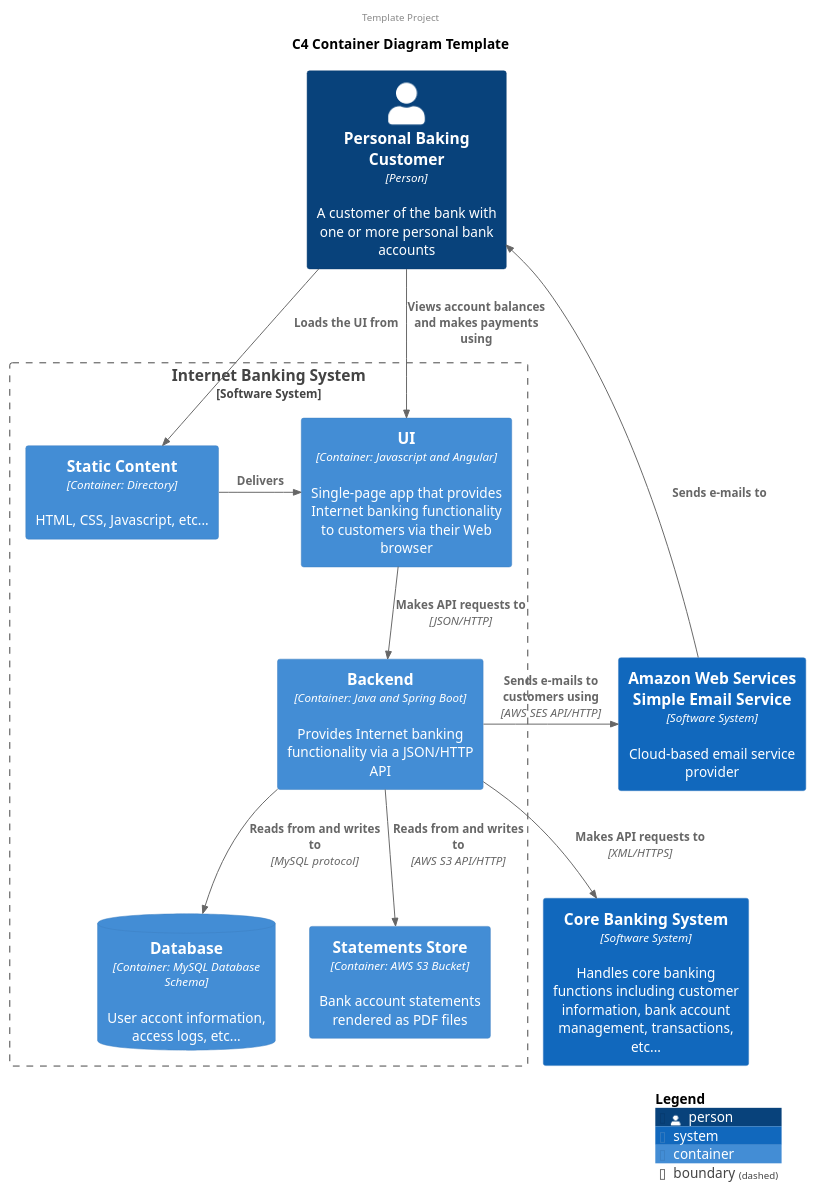
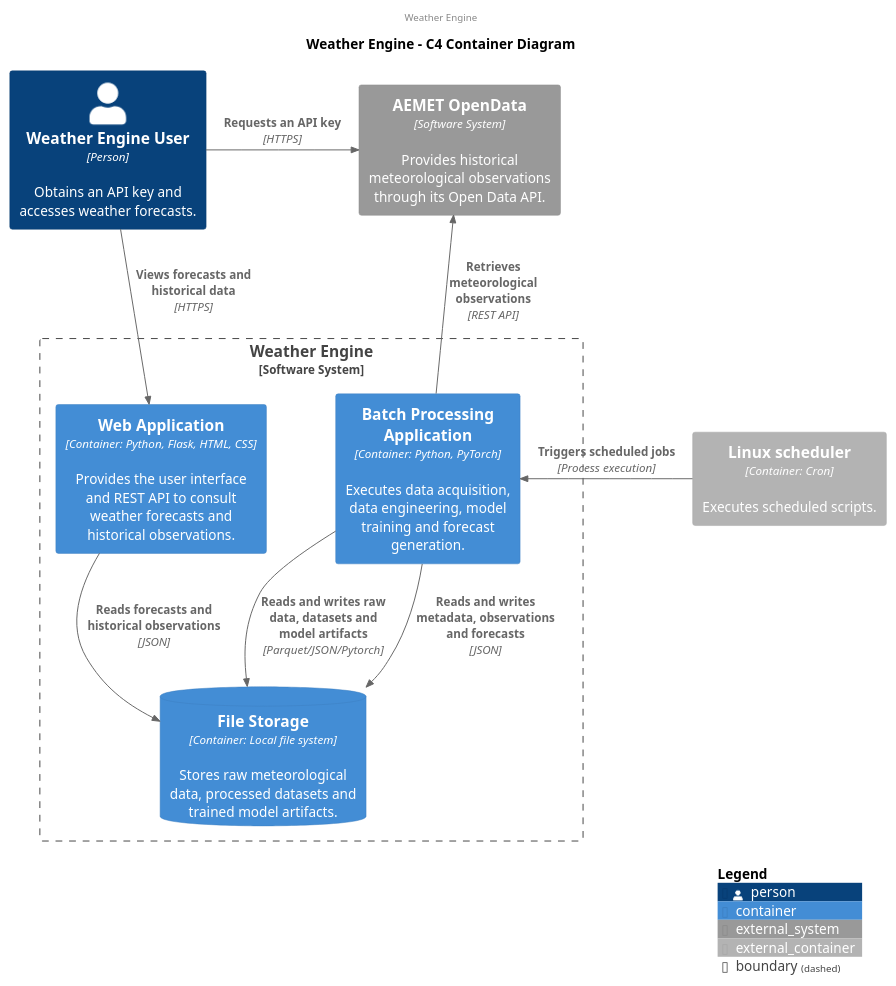
One commit to AlbertoMartinezMunoz/weather-engine changed the diagram in docs/uml/c4-container.puml. Above: the diagram before and after it, drawn with PlantUML.

Commit message:
docs(uml): c4 container diagram

```diff
--- a/docs/uml/c4-container.puml
+++ b/docs/uml/c4-container.puml
@@ -1,47 +1,47 @@
 @startuml
 !include <C4/C4_Container>
 
 AddRelTag("invisible", $textColor="transparent", $lineColor="transparent", $lineStyle = DashedLine())
 
-header Template Project
-title C4 Container Diagram Template
+header Weather Engine
+title Weather Engine - C4 Container Diagram
 
 '----------------------------------------------------------------
 'Actors
 '----------------------------------------------------------------
-Person(customer, "Personal Baking Customer", "A customer of the bank with one or more personal bank accounts",$type="Person")
+Person(user, "Weather Engine User", "Obtains an API key and accesses weather forecasts.",$type="Person")
 
 '----------------------------------------------------------------
 'Components
 '----------------------------------------------------------------
-Boundary(internet, "Internet Banking System", $type="Software System") {
-    Container(static, "Static Content", "Container: Directory", "HTML, CSS, Javascript, etc...")
-    Container(ui, "UI", "Container: Javascript and Angular", "Single-page app that provides Internet banking functionality to customers via their Web browser")
-    Container(backend, "Backend", "Container: Java and Spring Boot", "Provides Internet banking functionality via a JSON/HTTP API")
-    ContainerDb(database, "Database", "Container: MySQL Database Schema", "User accont information, access logs, etc...")
-    Container(statements, "Statements Store", "Container: AWS S3 Bucket", "Bank account statements rendered as PDF files")
+Boundary(weatherEngine, "Weather Engine", $type="Software System") {
+    Container(webApp, "Web Application", "Container: Python, Flask, HTML, CSS", "Provides the user interface and REST API to consult weather forecasts and historical observations.")
+    ContainerDb(fileStorage, "File Storage", "Container: Local file system", "Stores raw meteorological data, processed datasets and trained model artifacts.")
+    Container(batchApp, "Batch Processing Application", "Container: Python, PyTorch", "Executes data acquisition, data engineering, model training and forecast generation.")
 }
-System(aws, "Amazon Web Services Simple Email Service", "Cloud-based email service provider", $type="Software System")
-System(core, "Core Banking System", "Handles core banking functions including customer information, bank account management, transactions, etc...", $type="Software System")
+
+Container_Ext(cron, "Linux scheduler", "Container: Cron", "Executes scheduled scripts.")
+
+System_Ext(aemet, "AEMET OpenData", "Provides historical meteorological observations through its Open Data API.", $type="Software System")
+
 
 '----------------------------------------------------------------
 'Relations
 '----------------------------------------------------------------
-Rel(customer, static, "Loads the UI from")
-Rel(customer, ui, "Views account balances and makes payments using")
-Rel_R(static, ui, "Delivers")
-Rel_D(ui, backend, "Makes API requests to","JSON/HTTP")
-Rel_D(backend, database, "Reads from and writes to","MySQL protocol")
-Rel_D(backend, statements, "Reads from and writes to","AWS S3 API/HTTP")
-Rel_R(backend, aws, "Sends e-mails to customers using","AWS SES API/HTTP")
-Rel_D(backend, core, "Makes API requests to","XML/HTTPS")
-Rel_U(aws, customer, "Sends e-mails to")
+Rel_R(user, aemet, "Requests an API key", "HTTPS")
+Rel(user, webApp, "Views forecasts and historical data", "HTTPS")
+Rel_L(cron, batchApp, "Triggers scheduled jobs", "Process execution")
+Rel_U(batchApp, aemet, "Retrieves meteorological observations", "REST API")
+Rel(batchApp, fileStorage, "Reads and writes raw data, datasets and model artifacts", "Parquet/JSON/Pytorch")
+Rel(batchApp, fileStorage, "Reads and writes metadata, observations and forecasts", "JSON")
+Rel(webApp, fileStorage, "Reads forecasts and historical observations", "JSON")
+
 
 '----------------------------------------------------------------
 'Layout
 '----------------------------------------------------------------
 'Rel_D(xxx, xxx, "This rel is just to compose the layout", $tags="invisible")
 
 SHOW_LEGEND()
 
 @enduml
```
